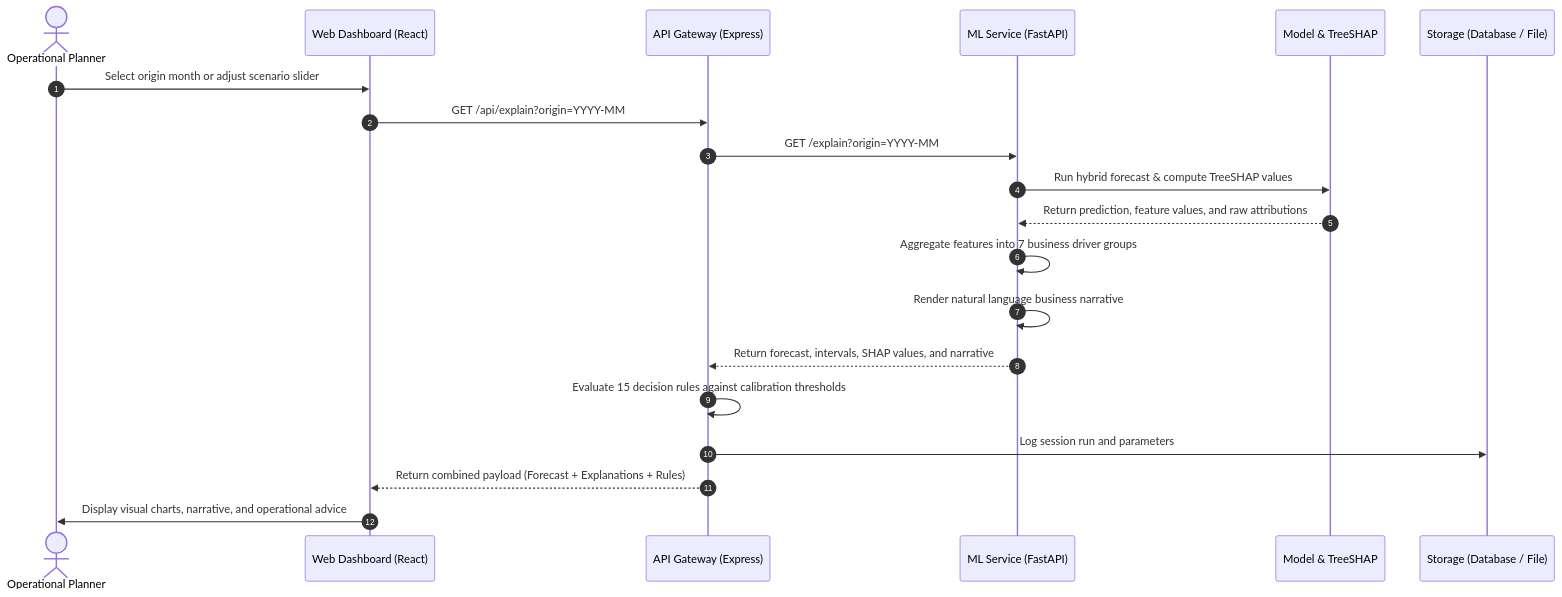
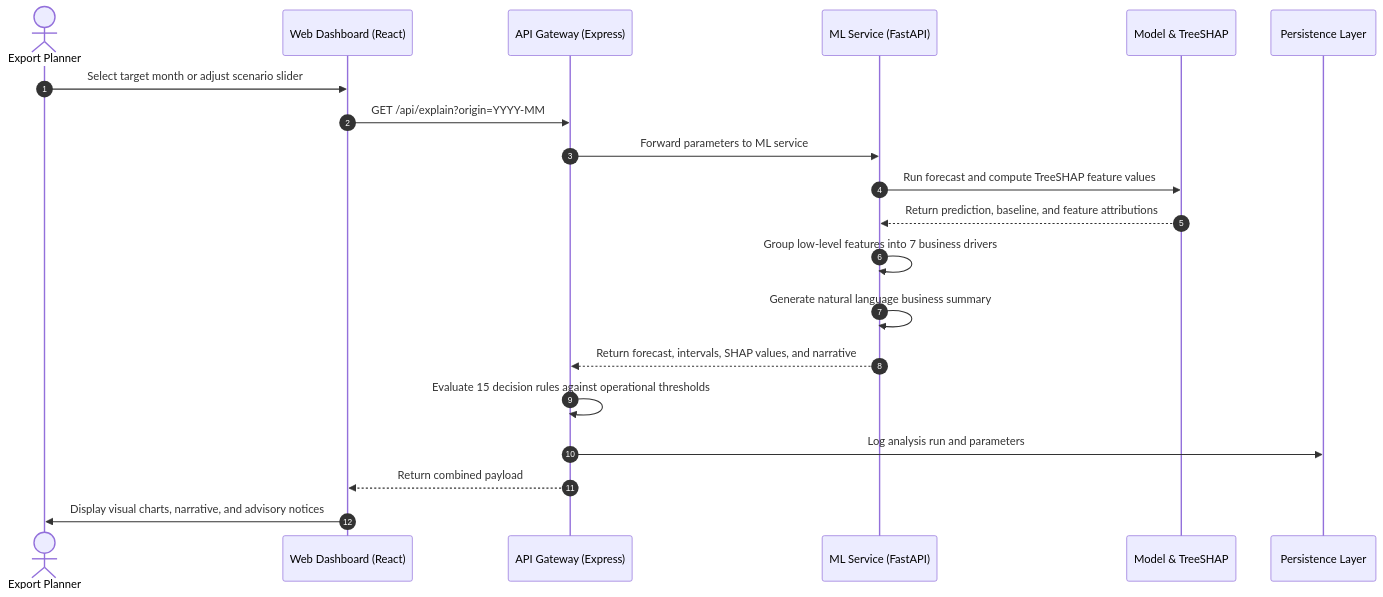
The second of 4 diagrams in README.md (YasasLakmina/backdate-commit-test), drawn with Mermaid before and after one commit. The commit also changed other lines of this file, not shown here.

First line of the commit message:
Streamline architecture diagrams and remove promotional badges

````diff
--- a/README.md
+++ b/README.md
@@ -194,23 +151,23 @@
 ```mermaid
 sequenceDiagram
     autonumber
-    actor User as Operational Planner
+    actor User as Export Planner
     participant Web as Web Dashboard (React)
     participant Gateway as API Gateway (Express)
     participant ML as ML Service (FastAPI)
     participant Engine as Model & TreeSHAP
-    participant DB as Storage (Database / File)
+    participant Storage as Persistence Layer
 
-    User->>Web: Select origin month or adjust scenario slider
+    User->>Web: Select target month or adjust scenario slider
     Web->>Gateway: GET /api/explain?origin=YYYY-MM
-    Gateway->>ML: GET /explain?origin=YYYY-MM
-    ML->>Engine: Run hybrid forecast & compute TreeSHAP values
-    Engine-->>ML: Return prediction, feature values, and raw attributions
-    ML->>ML: Aggregate features into 7 business driver groups
-    ML->>ML: Render natural language business narrative
+    Gateway->>ML: Forward parameters to ML service
+    ML->>Engine: Run forecast and compute TreeSHAP feature values
+    Engine-->>ML: Return prediction, baseline, and feature attributions
+    ML->>ML: Group low-level features into 7 business drivers
+    ML->>ML: Generate natural language business summary
     ML-->>Gateway: Return forecast, intervals, SHAP values, and narrative
-    Gateway->>Gateway: Evaluate 15 decision rules against calibration thresholds
-    Gateway->>DB: Log session run and parameters
-    Gateway-->>Web: Return combined payload (Forecast + Explanations + Rules)
-    Web->>User: Display visual charts, narrative, and operational advice
+    Gateway->>Gateway: Evaluate 15 decision rules against operational thresholds
+    Gateway->>Storage: Log analysis run and parameters
+    Gateway-->>Web: Return combined payload
+    Web->>User: Display visual charts, narrative, and advisory notices
 ```
````
